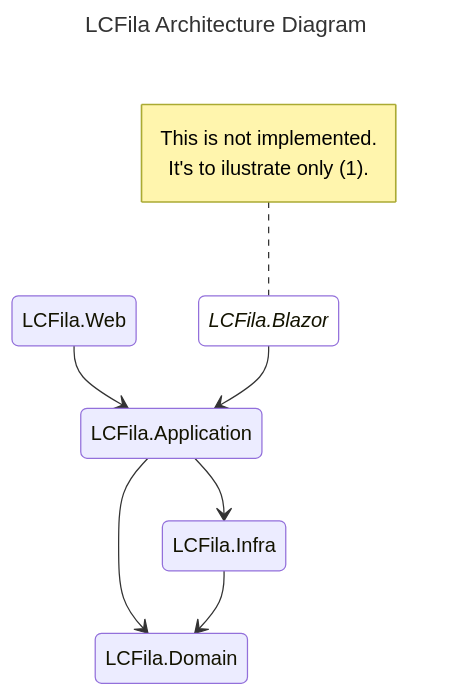
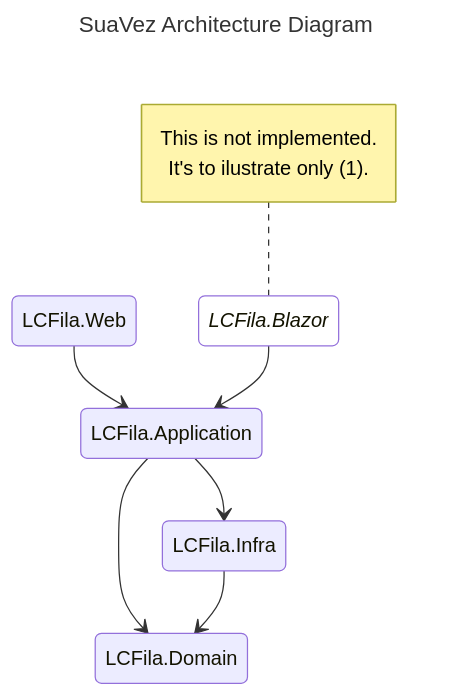
Before and after one commit to luigicfilho/SuaVez: the diagram in README.md, drawn with Mermaid.

````diff
--- a/README.md
+++ b/README.md
@@ -71,21 +71,21 @@
 ```mermaid
 ---
-title: LCFila Architecture Diagram
+title: SuaVez Architecture Diagram
 ---
 stateDiagram
     accTitle: Layers Diagram of LC Fila Application
     accDescr: Layers Diagram of LC Fila Application
 
     classDef notImplemented fill:white, font-style:italic
 
     LCFila.Web --> LCFila.Application 
     LCFila.Blazor:::notImplemented --> LCFila.Application
     LCFila.Application --> LCFila.Infra
     LCFila.Application --> LCFila.Domain
     LCFila.Infra --> LCFila.Domain
 
     note left of LCFila.Blazor
         This is not implemented.
         It's to ilustrate only (1).
     end note
 ```
````
